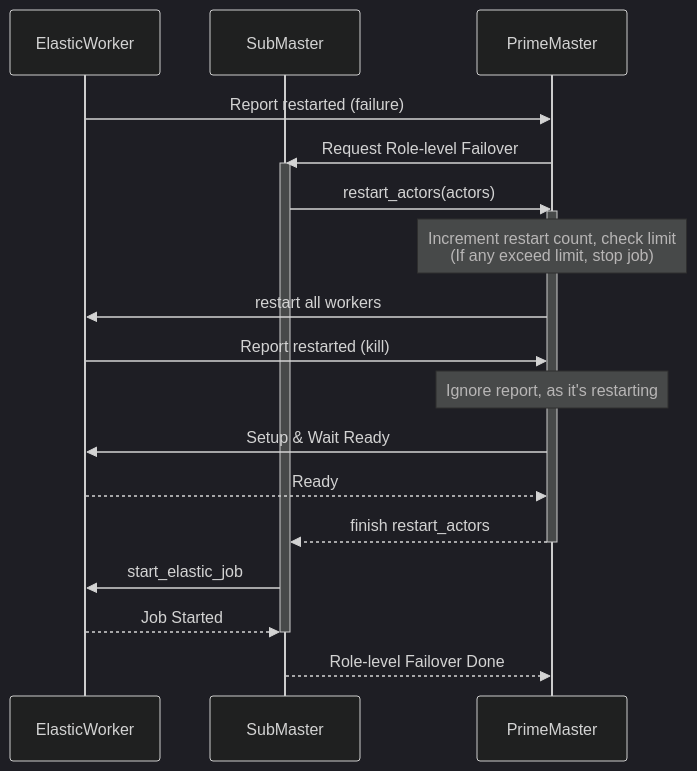
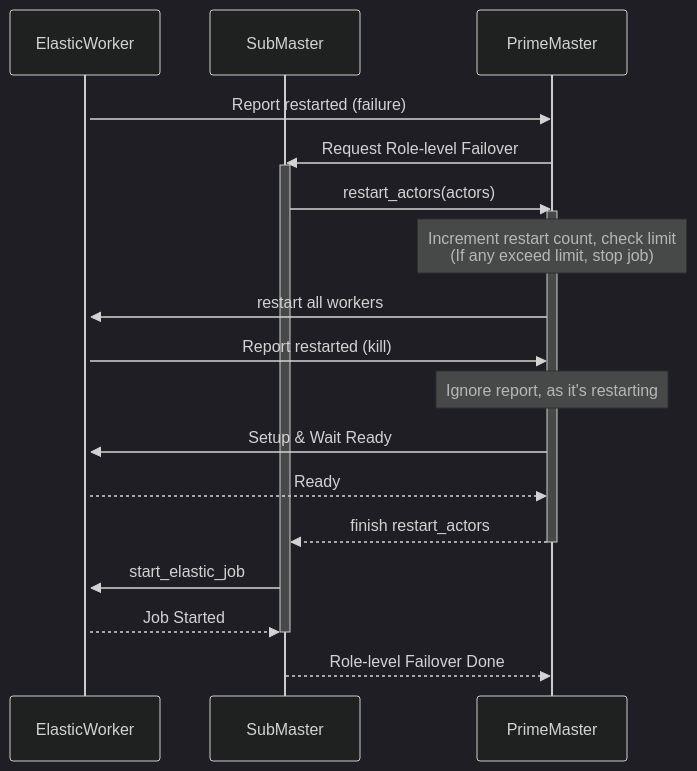
Before and after one commit to intelligent-machine-learning/dlrover: the second of 6 diagrams in docs/design/unified-failover.md, drawn with Mermaid (dark theme). The commit also changed other lines of this file and 3 other files, not shown here.

````diff
--- a/docs/design/unified-failover.md
+++ b/docs/design/unified-failover.md
@@ -58,23 +68,24 @@
 ```mermaid
 sequenceDiagram
     participant EW as ElasticWorker
     participant SM as SubMaster
     participant PM as PrimeMaster
+    activate EW
     EW->>PM: Report restarted (failure)
     PM->>SM: Request Role-level Failover
     activate SM
     SM->>PM: restart_actors(actors)
         activate PM
         note over PM: Increment restart count, check limit<br> (If any exceed limit, stop job)
         PM->>EW: restart all workers
         EW->>PM: Report restarted (kill)
         note over PM: Ignore report, as it's restarting
         PM->>EW: Setup & Wait Ready
         EW-->>PM: Ready
         PM-->>SM: finish restart_actors
         deactivate PM
     SM->>EW: start_elastic_job
     EW-->>SM: Job Started
     deactivate SM
     SM-->>PM: Role-level Failover Done
 ```
````
